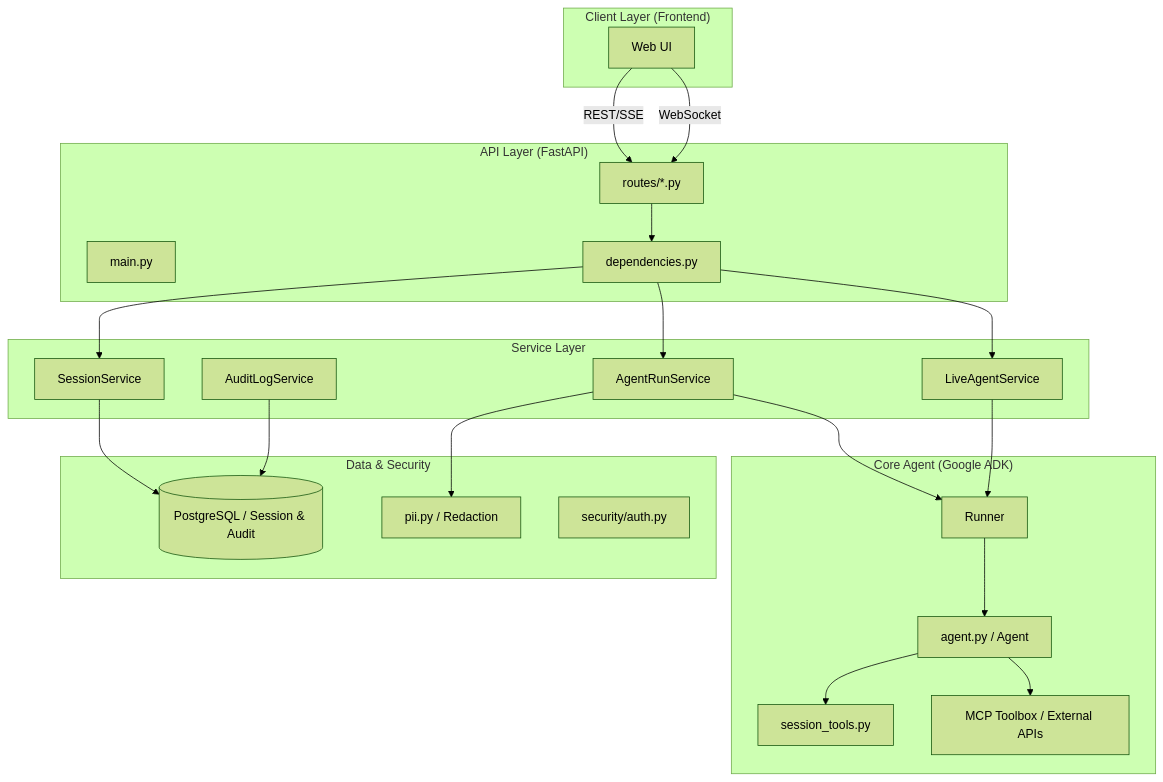
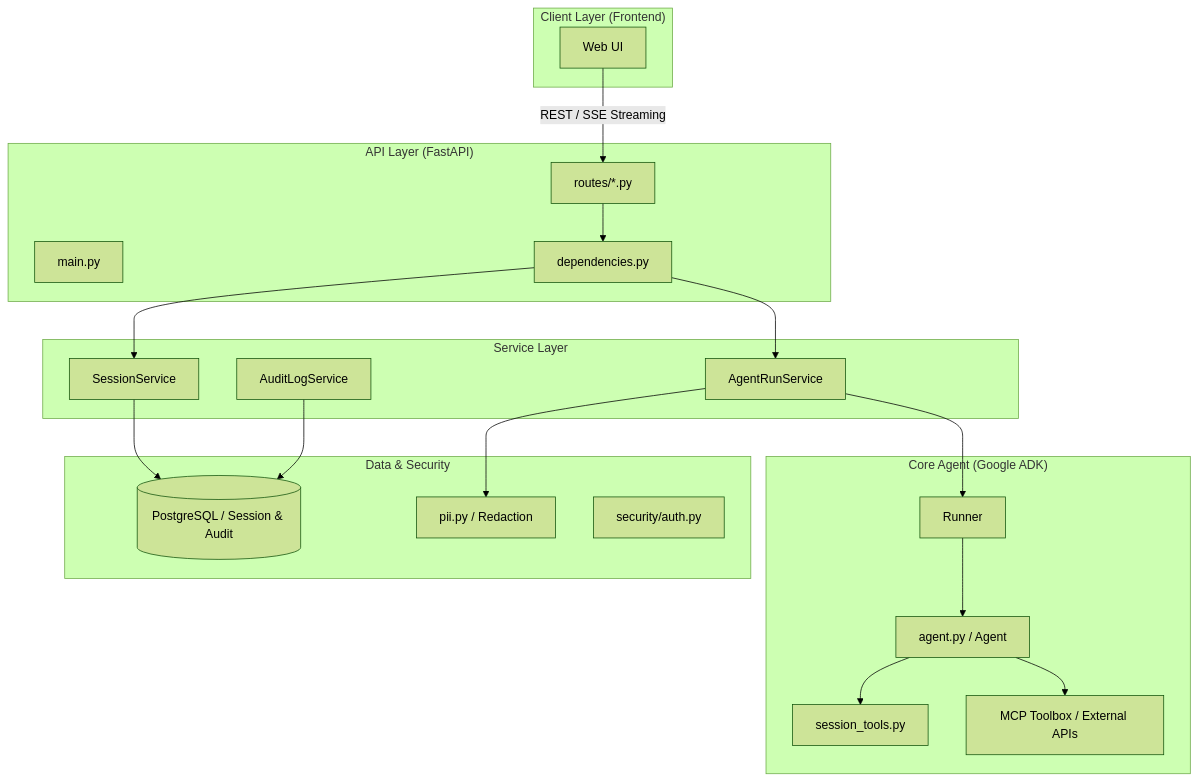
The first of 2 diagrams in app/README.md (jjyung/adk-insurance-recommendation-agent), drawn with Mermaid (forest theme) before and after one commit. The commit also changed other lines of this file, not shown here.

````diff
--- a/app/README.md
+++ b/app/README.md
@@ -52,45 +56,42 @@
 ```mermaid
 graph TD
     subgraph "Client Layer (Frontend)"
         UI[Web UI]
     end
 
     subgraph "API Layer (FastAPI)"
         Main[main.py]
         Routes[routes/*.py]
         Deps[dependencies.py]
     end
 
     subgraph "Service Layer"
         ARS[AgentRunService]
-        LAS[LiveAgentService]
         SS[SessionService]
         ALS[AuditLogService]
     end
 
     subgraph "Core Agent (Google ADK)"
         Agent[agent.py / Agent]
         Runner[Runner]
         Tools[session_tools.py]
         MCP[MCP Toolbox / External APIs]
     end
 
     subgraph "Data & Security"
         DB[(PostgreSQL / Session & Audit)]
         PII[pii.py / Redaction]
         Auth[security/auth.py]
     end
 
-    UI -->|REST/SSE| Routes
-    UI -->|WebSocket| Routes
+    UI -->|REST / SSE Streaming| Routes
     Routes --> Deps
-    Deps --> ARS & LAS & SS
+    Deps --> ARS & SS
     ARS --> Runner
-    LAS --> Runner
     Runner --> Agent
     Agent --> Tools
     Agent --> MCP
     SS --> DB
     ALS --> DB
     ARS --> PII
 ```
````
